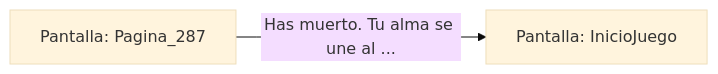
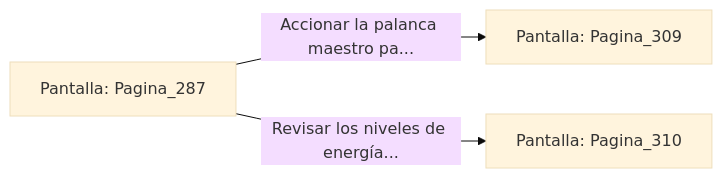
One commit to metsuke/mpl changed the diagram in sample/eligejuego-vault/Pantalla_Pagina_287.md. Above: the diagram before and after it, drawn with Mermaid (base theme). The commit also changed other lines of this file and 635 other files, not shown here.

First line of the commit message:
fix: añadir Pagina_1 como pantalla inicial en capitulo_01.mpl

````diff
--- a/sample/eligejuego-vault/Pantalla_Pagina_287.md
+++ b/sample/eligejuego-vault/Pantalla_Pagina_287.md
@@ -17,5 +24,6 @@
 ```mermaid
 graph LR
     P_Pagina_287["Pantalla: Pagina_287"]
-    P_Pagina_287 -->|"Has muerto. Tu alma se une al ..."| P_InicioJuego["Pantalla: InicioJuego"]
+    P_Pagina_287 -->|"Accionar la palanca maestro pa..."| P_Pagina_309["Pantalla: Pagina_309"]
+    P_Pagina_287 -->|"Revisar los niveles de energía..."| P_Pagina_310["Pantalla: Pagina_310"]
 ```
````
